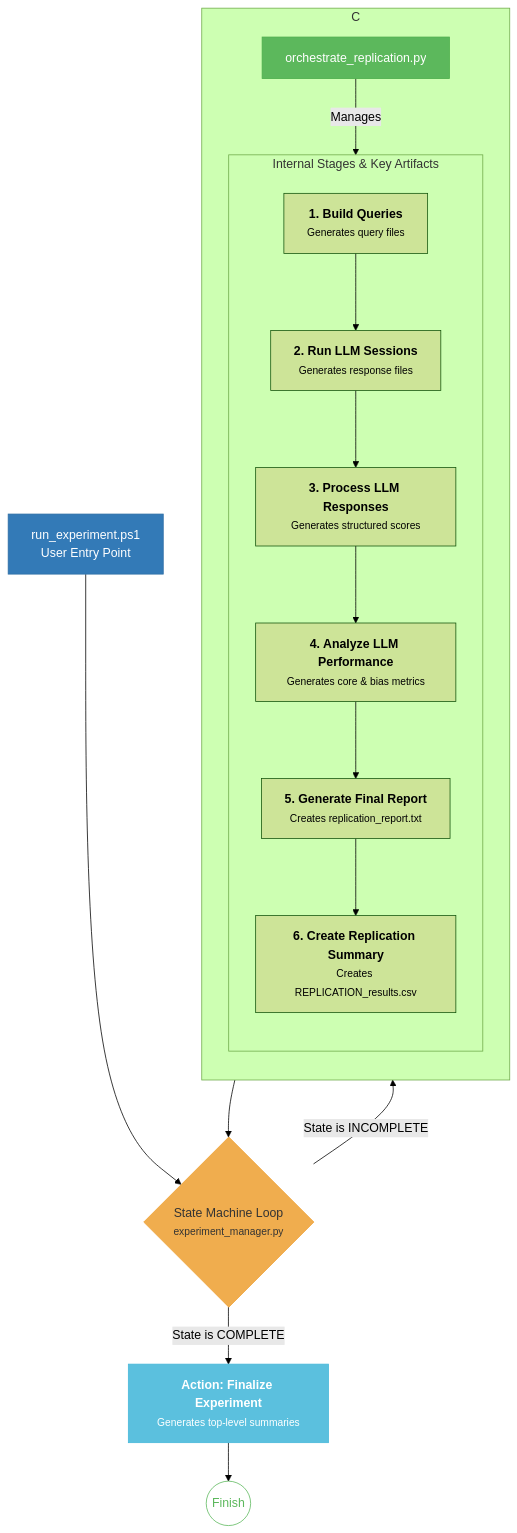
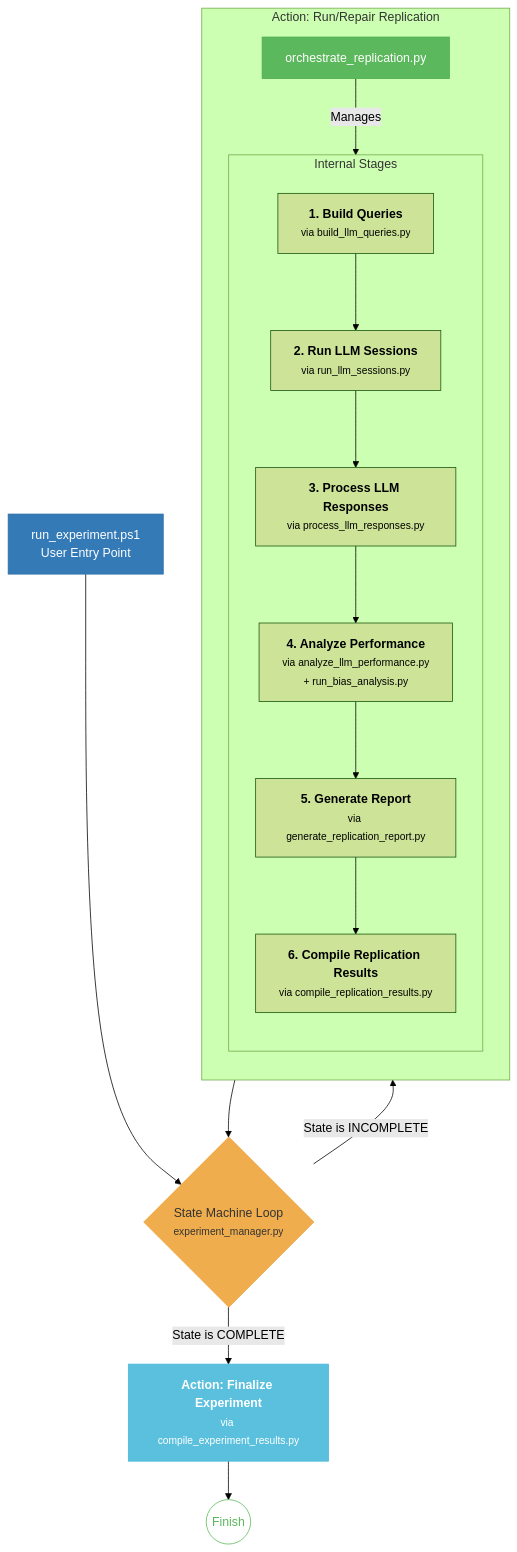
Before and after one commit to peterjmarko/llm-narrative-framework: the diagram in docs/diagrams/flow_1_run_experiment.mmd, drawn with Mermaid (forest theme). The commit also changed 26 other files, not shown here.

```diff
--- a/docs/diagrams/flow_1_run_experiment.mmd
+++ b/docs/diagrams/flow_1_run_experiment.mmd
@@ -1,31 +1,29 @@
 graph TD
-    %% Main Control Flow
     A[run_experiment.ps1<br>User Entry Point]:::entry --> B{State Machine Loop<br><small>experiment_manager.py</small>}:::layer_orange;
     
-    B -- "State is INCOMPLETE" --> C["<b>Action: Run/Repair Replication</b>"];
+    B -- "State is INCOMPLETE" --> C;
     C --> B;
     
-    B -- "State is COMPLETE" --> F["<b>Action: Finalize Experiment</b><br><small>Generates top-level summaries</small>"]:::script;
+    B -- "State is COMPLETE" --> F["<b>Action: Finalize Experiment</b><br><small>via compile_experiment_results.py</small>"]:::script;
     F --> G((Finish)):::finish_node;
 
-    subgraph C
+    subgraph C [Action: Run/Repair Replication]
         direction TB
         Orchestrator["orchestrate_replication.py"]:::layer_green
-        subgraph "Internal Stages & Key Artifacts"
+        subgraph InternalStages [Internal Stages]
             direction TB
-            S1["<b>1. Build Queries</b><br><small>Generates query files</small>"] --> S2;
-            S2["<b>2. Run LLM Sessions</b><br><small>Generates response files</small>"] --> S3;
-            S3["<b>3. Process LLM Responses</b><br><small>Generates structured scores</small>"] --> S4;
-            S4["<b>4. Analyze LLM Performance</b><br><small>Generates core & bias metrics</small>"] --> S5;
-            S5["<b>5. Generate Final Report</b><br><small>Creates replication_report.txt</small>"] --> S6;
-            S6["<b>6. Create Replication Summary</b><br><small>Creates REPLICATION_results.csv</small>"]
+            S1["<b>1. Build Queries</b><br><small>via build_llm_queries.py</small>"] --> S2;
+            S2["<b>2. Run LLM Sessions</b><br><small>via run_llm_sessions.py</small>"] --> S3;
+            S3["<b>3. Process LLM Responses</b><br><small>via process_llm_responses.py</small>"] --> S4;
+            S4["<b>4. Analyze Performance</b><br><small>via analyze_llm_performance.py<br>+ run_bias_analysis.py</small>"] --> S5;
+            S5["<b>5. Generate Report</b><br><small>via generate_replication_report.py</small>"] --> S6;
+            S6["<b>6. Compile Replication Results</b><br><small>via compile_replication_results.py</small>"]
         end
-        Orchestrator -- "Manages" --> S1;
+        Orchestrator -- Manages --> InternalStages;
     end
     
-    %% Styling
     classDef entry fill:#337ab7,stroke:#2e6da4,color:#fff;
     classDef layer_orange fill:#f0ad4e,stroke:#eea236,color:#333;
     classDef layer_green fill:#5cb85c,stroke:#4cae4c,color:#fff;
     classDef script fill:#5bc0de,stroke:#46b8da,color:#fff;
     classDef finish_node fill:#fff,stroke:#5cb85c,color:#5cb85c;
```
